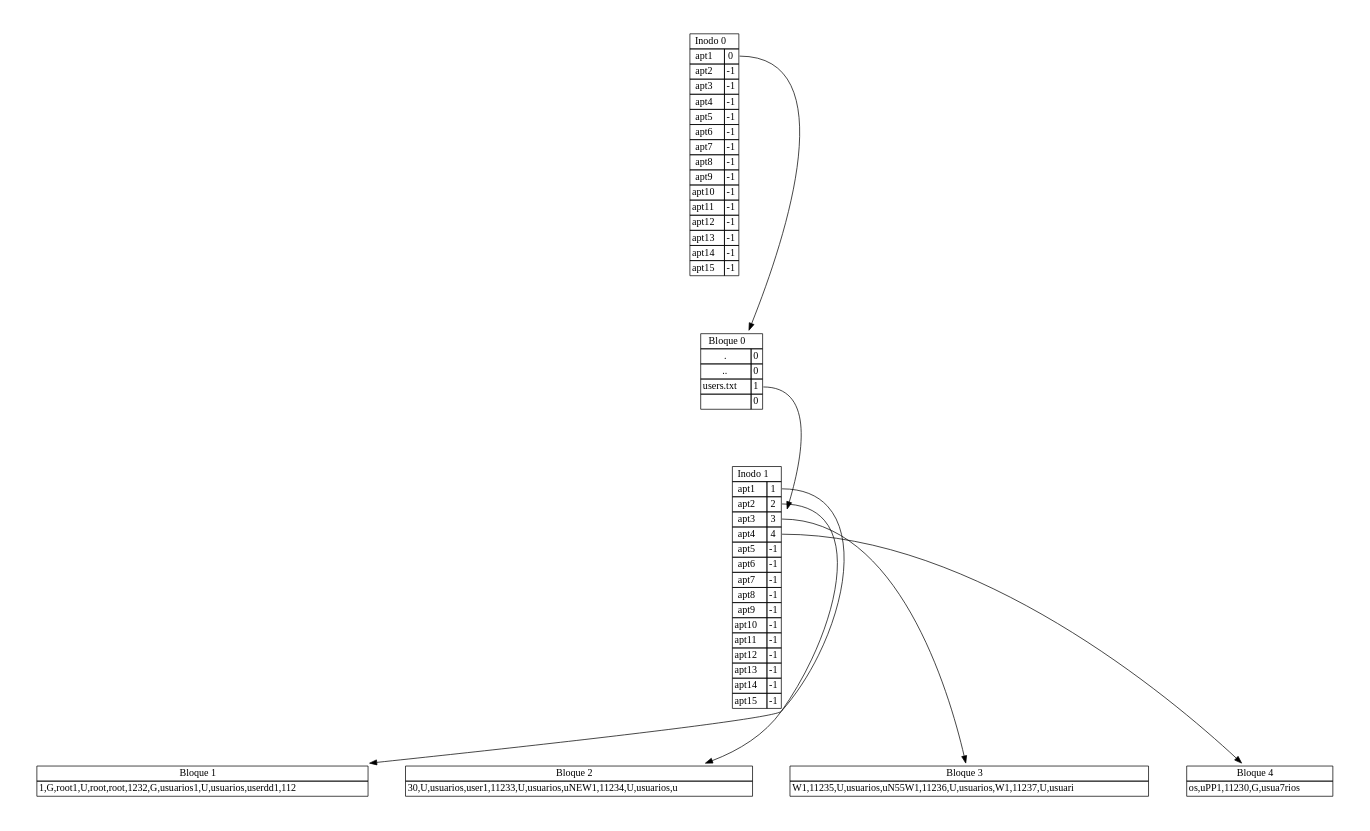
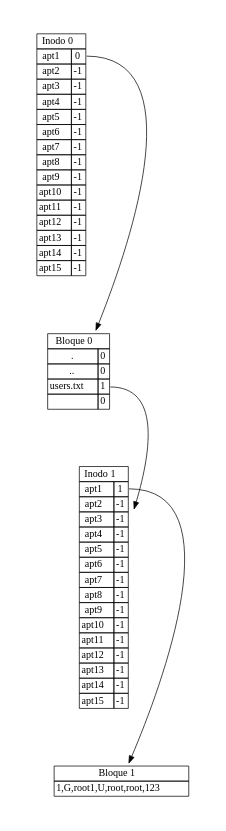
The diagram in reports/reporte1_tree.dot (Jhonsagui81/MIA_P2_20210603), drawn with Graphviz before and after one commit. The commit also changed 5 other files, not shown here.

```diff
--- a/reports/reporte1_tree.dot
+++ b/reports/reporte1_tree.dot
@@ -1,101 +1,69 @@
 digraph H {
 	graph [pad="0.5", nodesep="0.5", ranksep="1"];
 	node [shape=plaintext]
 		rankir=LR;
 	Inodo0 [
 		label=<
 			<table border="0" cellborder="1" cellspacing="0">
 				<tr><td colspan="2">Inodo 0</td></tr>
 				<tr><td>apt1</td><td port='P0'>0</td></tr>
 				<tr><td>apt2</td><td port='P1'>-1</td></tr>
 				<tr><td>apt3</td><td port='P2'>-1</td></tr>
 				<tr><td>apt4</td><td port='P3'>-1</td></tr>
 				<tr><td>apt5</td><td port='P4'>-1</td></tr>
 				<tr><td>apt6</td><td port='P5'>-1</td></tr>
 				<tr><td>apt7</td><td port='P6'>-1</td></tr>
 				<tr><td>apt8</td><td port='P7'>-1</td></tr>
 				<tr><td>apt9</td><td port='P8'>-1</td></tr>
 				<tr><td>apt10</td><td port='P9'>-1</td></tr>
 				<tr><td>apt11</td><td port='P10'>-1</td></tr>
 				<tr><td>apt12</td><td port='P11'>-1</td></tr>
 				<tr><td>apt13</td><td port='P12'>-1</td></tr>
 				<tr><td>apt14</td><td port='P13'>-1</td></tr>
 				<tr><td>apt15</td><td port='P14'>-1</td></tr>
 			</table>
 		>];
 	Bloque0 [
 		label=<
 			<table border="0" cellborder="1" cellspacing="0">
 				<tr><td colspan="2">Bloque 0</td></tr>
 				<tr><td>.</td><td port='P0'>0</td></tr>
 				<tr><td>..</td><td port='P1'>0</td></tr>
 				<tr><td>users.txt</td><td port='P2'>1</td></tr>
 				<tr><td></td><td port='P3'>0</td></tr>
 			</table>
 		>];
 	Inodo1 [
 		label=<
 			<table border="0" cellborder="1" cellspacing="0">
 				<tr><td colspan="2">Inodo 1</td></tr>
 				<tr><td>apt1</td><td port='P0'>1</td></tr>
-				<tr><td>apt2</td><td port='P1'>2</td></tr>
-				<tr><td>apt3</td><td port='P2'>3</td></tr>
-				<tr><td>apt4</td><td port='P3'>4</td></tr>
+				<tr><td>apt2</td><td port='P1'>-1</td></tr>
+				<tr><td>apt3</td><td port='P2'>-1</td></tr>
+				<tr><td>apt4</td><td port='P3'>-1</td></tr>
 				<tr><td>apt5</td><td port='P4'>-1</td></tr>
 				<tr><td>apt6</td><td port='P5'>-1</td></tr>
 				<tr><td>apt7</td><td port='P6'>-1</td></tr>
 				<tr><td>apt8</td><td port='P7'>-1</td></tr>
 				<tr><td>apt9</td><td port='P8'>-1</td></tr>
 				<tr><td>apt10</td><td port='P9'>-1</td></tr>
 				<tr><td>apt11</td><td port='P10'>-1</td></tr>
 				<tr><td>apt12</td><td port='P11'>-1</td></tr>
 				<tr><td>apt13</td><td port='P12'>-1</td></tr>
 				<tr><td>apt14</td><td port='P13'>-1</td></tr>
 				<tr><td>apt15</td><td port='P14'>-1</td></tr>
 			</table>
 		>];
 	Bloque1 [
 		label=<
 			<table border="0" cellborder="1" cellspacing="0">
 				<tr><td colspan="1">Bloque 1</td></tr>
 				<tr><td>1,G,root
 1,U,root,root,123
-2,G,usuarios
-1,U,usuarios,userdd1,112</td></tr>
-			</table>
-		>];
-	Bloque2 [
-		label=<
-			<table border="0" cellborder="1" cellspacing="0">
-				<tr><td colspan="1">Bloque 2</td></tr>
-				<tr><td>3
-0,U,usuarios,user1,1123
-3,U,usuarios,uNEW1,1123
-4,U,usuarios,u</td></tr>
-			</table>
-		>];
-	Bloque3 [
-		label=<
-			<table border="0" cellborder="1" cellspacing="0">
-				<tr><td colspan="1">Bloque 3</td></tr>
-				<tr><td>W1,1123
-5,U,usuarios,uN55W1,1123
-6,U,usuarios,W1,1123
-7,U,usuari</td></tr>
-			</table>
-		>];
-	Bloque4 [
-		label=<
-			<table border="0" cellborder="1" cellspacing="0">
-				<tr><td colspan="1">Bloque 4</td></tr>
-				<tr><td>os,uPP1,1123
-0,G,usua7rios</td></tr>
+</td></tr>
 			</table>
 		>];
 	Inodo0:P0 -> Bloque0;
 	Bloque0:P2 -> Inodo1;
 	Inodo1:P0 -> Bloque1;
-	Inodo1:P1 -> Bloque2;
-	Inodo1:P2 -> Bloque3;
-	Inodo1:P3 -> Bloque4;
 }
```
